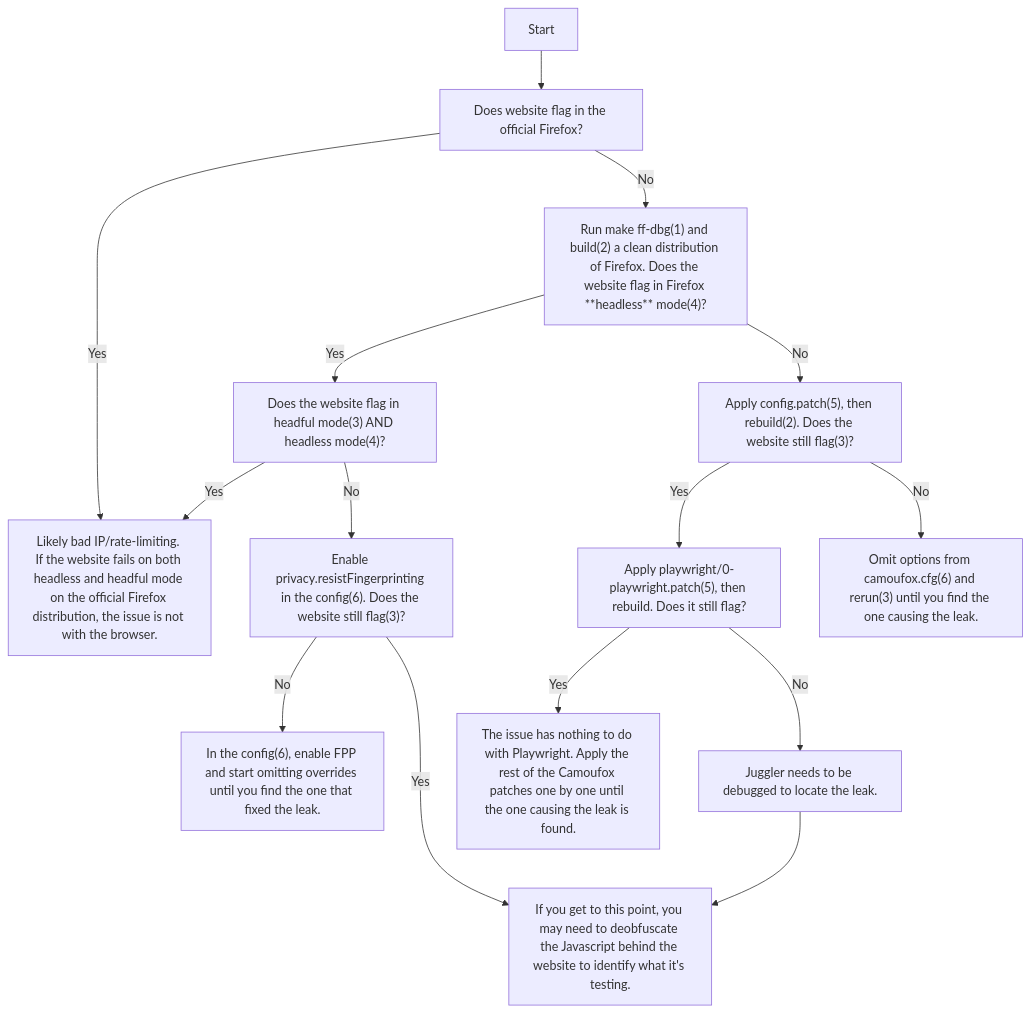
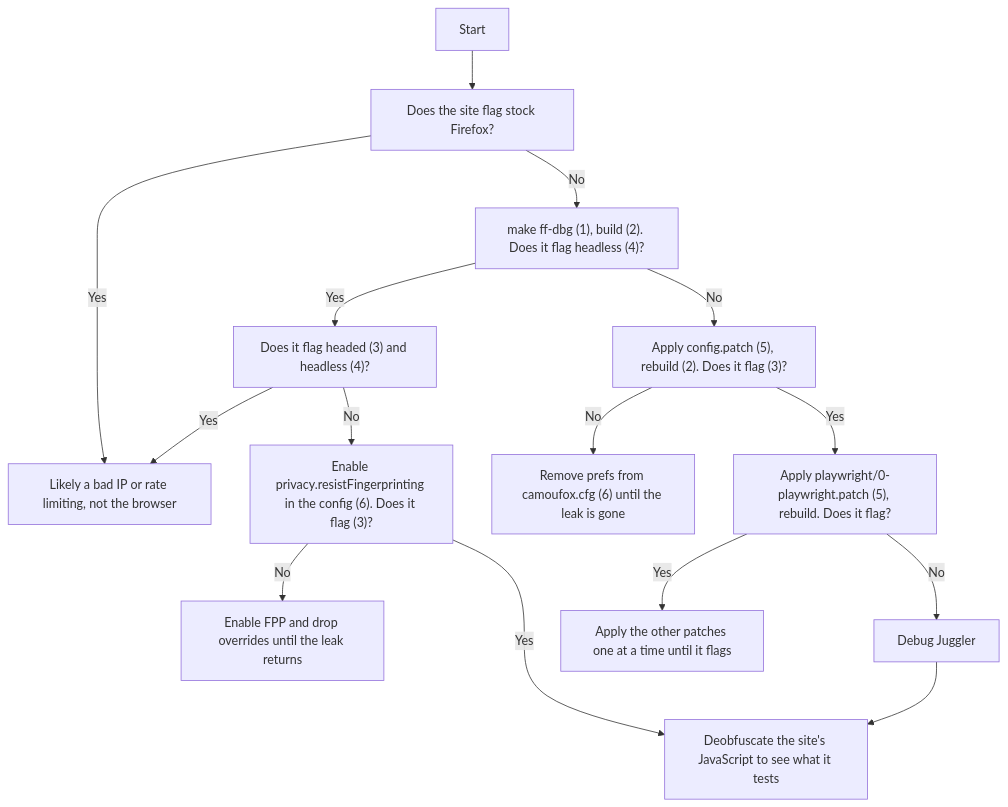
One commit to daijro/camoufox changed the third of 3 diagrams in README.md. Above: the diagram before and after it, drawn with Mermaid. The commit also changed other lines of this file and 654 other files, not shown here.

````diff
--- a/README.md
+++ b/README.md
@@ -771,17 +670,17 @@
 ```mermaid
 flowchart TD
-    A[Start] --> B[Does website flag in the official Firefox?]
-    B -->|Yes| C[Likely bad IP/rate-limiting. If the website fails on both headless and headful mode on the official Firefox distribution, the issue is not with the browser.]
-    B -->|No| D["Run make ff-dbg(1) and build(2) a clean distribution of Firefox. Does the website flag in Firefox **headless** mode(4)?"]
-    D -->|Yes| E["Does the website flag in headful mode(3) AND headless mode(4)?"]
-    D -->|No| F["Apply config.patch(5), then rebuild(2). Does the website still flag(3)?"]
-    E -->|No| G["Enable privacy.resistFingerprinting in the config(6). Does the website still flag(3)?"]
+    A[Start] --> B[Does the site flag stock Firefox?]
+    B -->|Yes| C[Likely a bad IP or rate limiting, not the browser]
+    B -->|No| D["make ff-dbg (1), build (2). Does it flag headless (4)?"]
+    D -->|Yes| E["Does it flag headed (3) and headless (4)?"]
+    D -->|No| F["Apply config.patch (5), rebuild (2). Does it flag (3)?"]
     E -->|Yes| C
-    G -->|No| H["In the config(6), enable FPP and start omitting overrides until you find the one that fixed the leak."]
-    G -->|Yes| I[If you get to this point, you may need to deobfuscate the Javascript behind the website to identify what it's testing.]
-    F -->|Yes| K["Apply playwright/0-playwright.patch(5), then rebuild. Does it still flag?"]
-    F -->|No| J["Omit options from camoufox.cfg(6) and rerun(3) until you find the one causing the leak."]
-    K -->|No| M[Juggler needs to be debugged to locate the leak.]
-    K -->|Yes| L[The issue has nothing to do with Playwright. Apply the rest of the Camoufox patches one by one until the one causing the leak is found.]
+    E -->|No| G["Enable privacy.resistFingerprinting in the config (6). Does it flag (3)?"]
+    G -->|No| H[Enable FPP and drop overrides until the leak returns]
+    G -->|Yes| I[Deobfuscate the site's JavaScript to see what it tests]
+    F -->|No| J["Remove prefs from camoufox.cfg (6) until the leak is gone"]
+    F -->|Yes| K["Apply playwright/0-playwright.patch (5), rebuild. Does it flag?"]
+    K -->|No| M[Debug Juggler]
+    K -->|Yes| L[Apply the other patches one at a time until it flags]
     M --> I
 ```
````
